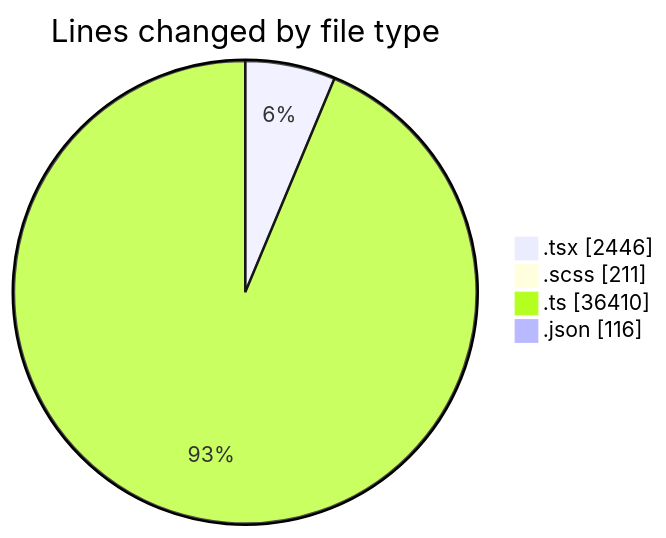
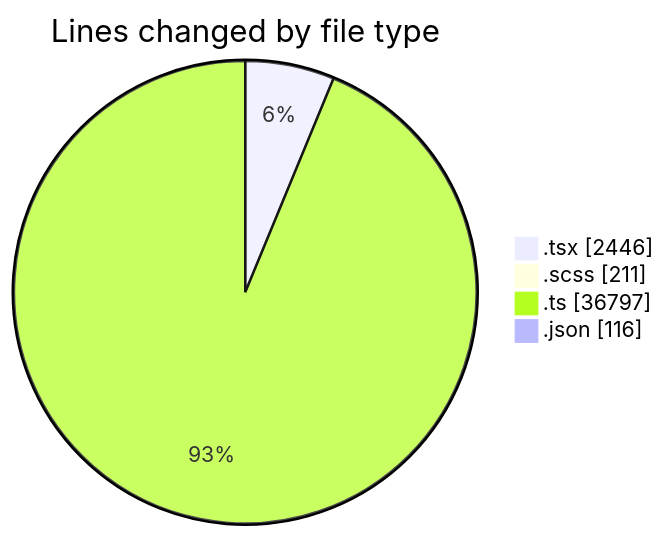
Before and after one commit to momahboobian/code-tracking: the first of 2 diagrams in 2026-09-04/cda/README.md, drawn with Mermaid. The commit also changed other lines of this file and 1 other file, not shown here.

````diff
--- a/2026-09-04/cda/README.md
+++ b/2026-09-04/cda/README.md
@@ -64,8 +65,8 @@
 ```mermaid
 pie showData
 title Lines changed by file type
 ".tsx" : 2446
 ".scss" : 211
-".ts" : 36410
+".ts" : 36797
 ".json" : 116
 ```
````
